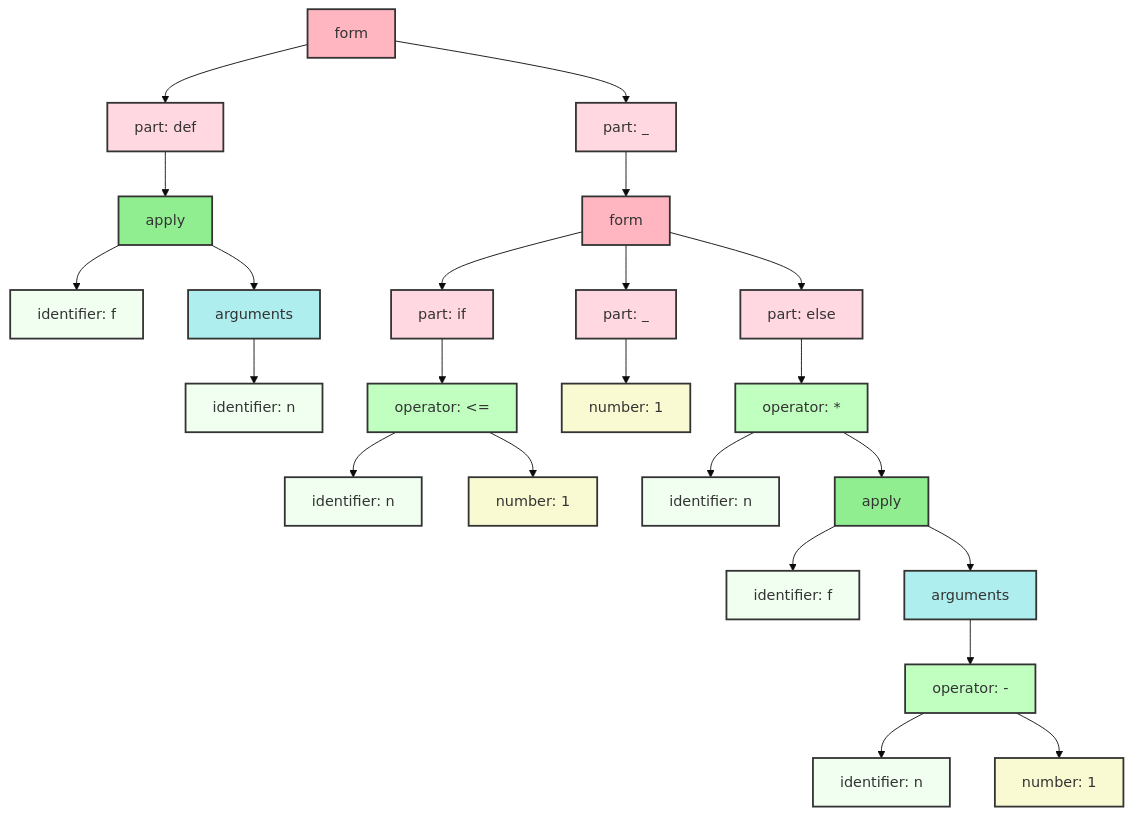
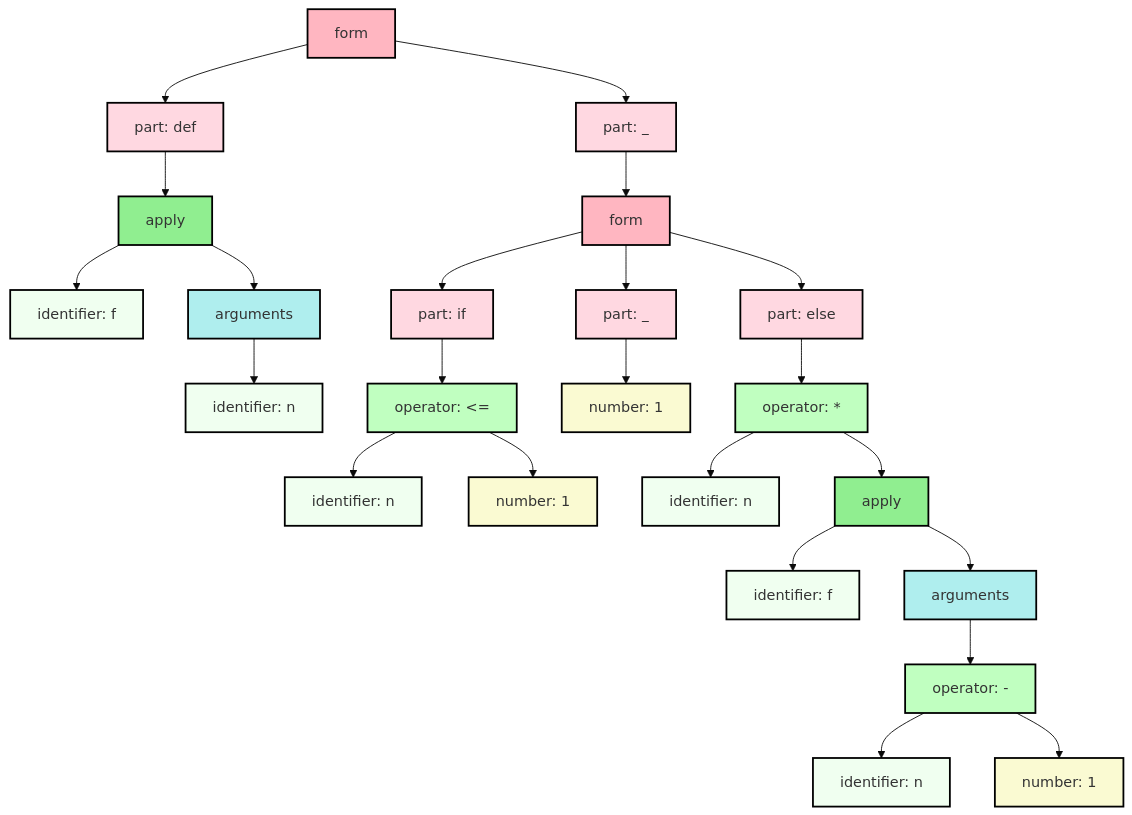
One commit to monogram-project/monogram-go changed the diagram in README.md. Above: the diagram before and after it, drawn with Mermaid (base theme). The commit also changed other lines of this file and 39 other files, not shown here.

````diff
--- a/README.md
+++ b/README.md
@@ -72,56 +72,56 @@
 ```mermaid
 graph TD
   126587637945888["form"]:::custom_form;
   126587637945968["part: def"]:::custom_part;
   126587637945888 --> 126587637945968;
   126587637946048["apply"]:::custom_apply;
   126587637945968 --> 126587637946048;
   126587637946128["identifier: f"]:::custom_identifier;
   126587637946048 --> 126587637946128;
   126587637946208["arguments"]:::custom_arguments;
   126587637946048 --> 126587637946208;
   126587637946288["identifier: n"]:::custom_identifier;
   126587637946208 --> 126587637946288;
   126587637946368["part: _"]:::custom_part;
   126587637945888 --> 126587637946368;
   126587637946448["form"]:::custom_form;
   126587637946368 --> 126587637946448;
   126587637946528["part: if"]:::custom_part;
   126587637946448 --> 126587637946528;
   126587637946608["operator: <="]:::custom_operator;
   126587637946528 --> 126587637946608;
   126587637946688["identifier: n"]:::custom_identifier;
   126587637946608 --> 126587637946688;
   126587637946768["number: 1"]:::custom_number;
   126587637946608 --> 126587637946768;
   126587637946848["part: _"]:::custom_part;
   126587637946448 --> 126587637946848;
   126587637946928["number: 1"]:::custom_number;
   126587637946848 --> 126587637946928;
   126587637947008["part: else"]:::custom_part;
   126587637946448 --> 126587637947008;
   126587637947088["operator: *"]:::custom_operator;
   126587637947008 --> 126587637947088;
   126587637947168["identifier: n"]:::custom_identifier;
   126587637947088 --> 126587637947168;
   126587637947248["apply"]:::custom_apply;
   126587637947088 --> 126587637947248;
   126587637947408["identifier: f"]:::custom_identifier;
   126587637947248 --> 126587637947408;
   126587637947568["arguments"]:::custom_arguments;
   126587637947248 --> 126587637947568;
   126587637947728["operator: -"]:::custom_operator;
   126587637947568 --> 126587637947728;
   126587637947888["identifier: n"]:::custom_identifier;
   126587637947728 --> 126587637947888;
   126587637948048["number: 1"]:::custom_number;
   126587637947728 --> 126587637948048;
 
-classDef custom_form fill:lightpink,stroke:#333,stroke-width:2px;
-classDef custom_part fill:#FFD8E1,stroke:#333,stroke-width:2px;
-classDef custom_apply fill:lightgreen,stroke:#333,stroke-width:2px;
-classDef custom_identifier fill:Honeydew,stroke:#333,stroke-width:2px;
-classDef custom_arguments fill:PaleTurquoise,stroke:#333,stroke-width:2px;
-classDef custom_operator fill:#C0FFC0,stroke:#333,stroke-width:2px;
-classDef custom_number fill:lightgoldenrodyellow,stroke:#333,stroke-width:2px;
+classDef custom_form fill:lightpink,stroke:#000,stroke-width:2px;
+classDef custom_part fill:#FFD8E1,stroke:#000,stroke-width:2px;
+classDef custom_apply fill:lightgreen,stroke:#000,stroke-width:2px;
+classDef custom_identifier fill:Honeydew,stroke:#000,stroke-width:2px;
+classDef custom_arguments fill:PaleTurquoise,stroke:#000,stroke-width:2px;
+classDef custom_operator fill:#C0FFC0,stroke:#000,stroke-width:2px;
+classDef custom_number fill:lightgoldenrodyellow,stroke:#000,stroke-width:2px;
 ```
````
